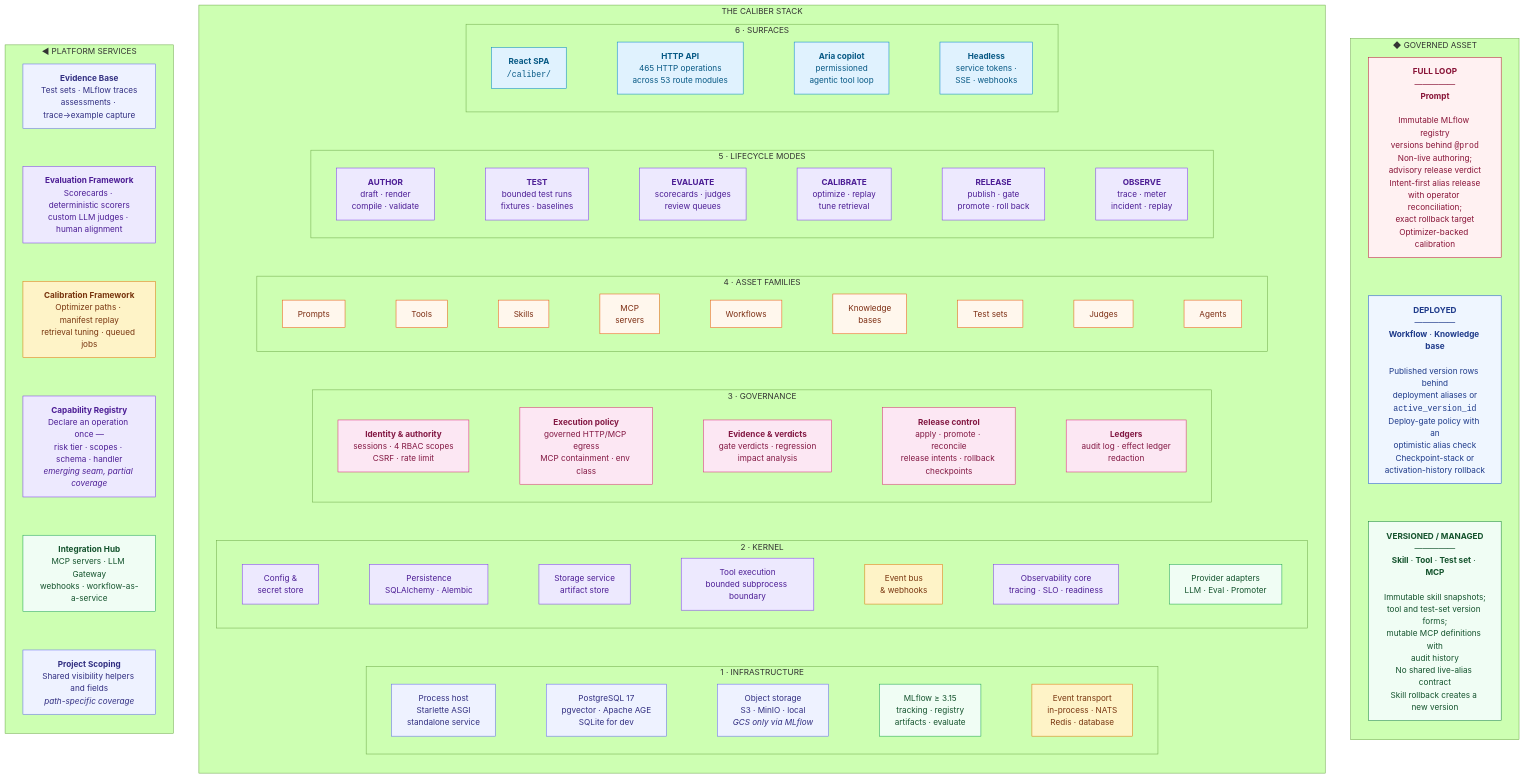
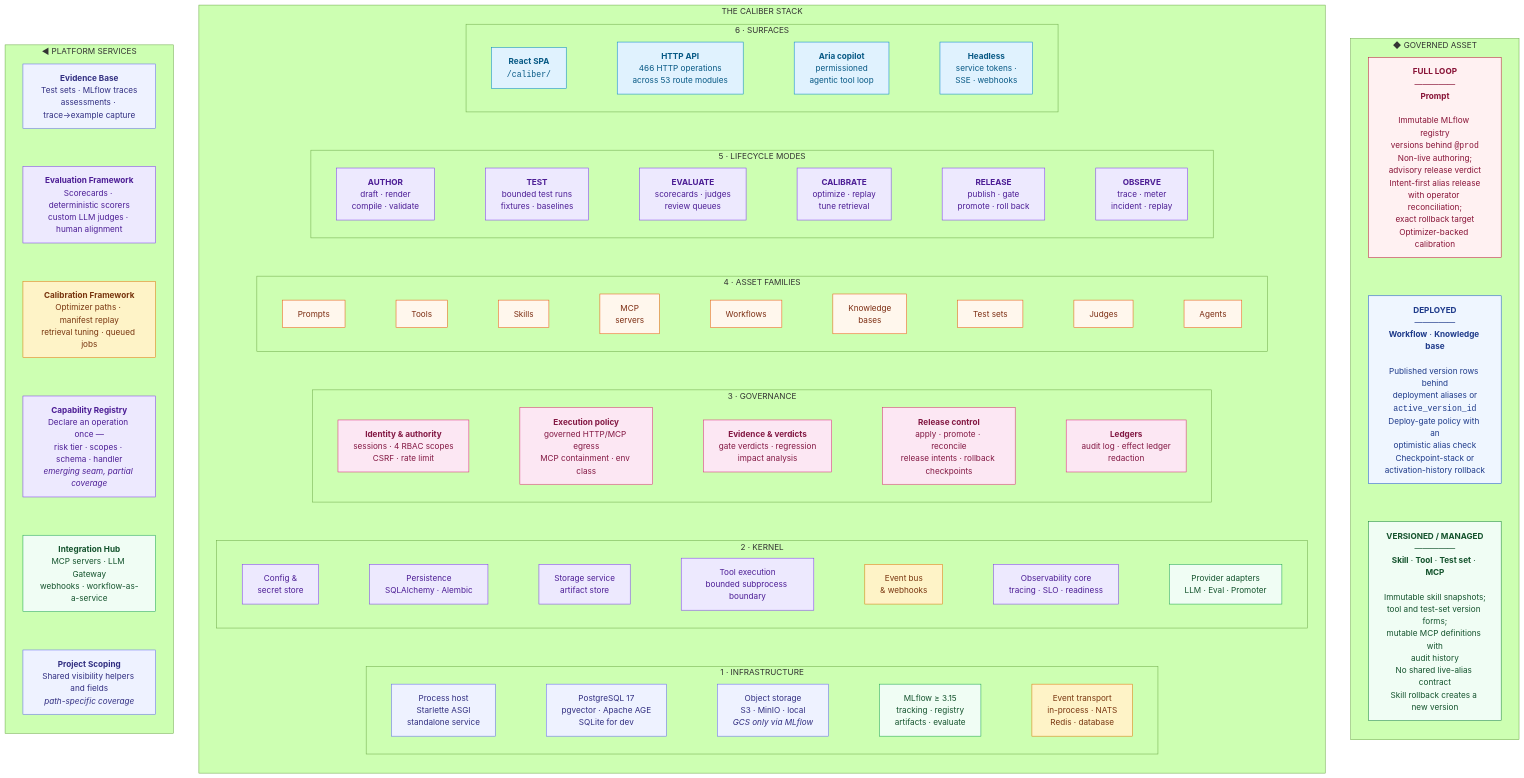
The first of 8 diagrams in ARCHITECTURE.md (rrahimi-uci/caliber-suite), drawn with Mermaid (forest theme) before and after one commit. The commit also changed 23 other files, not shown here.

```diff
--- a/ARCHITECTURE.md
+++ b/ARCHITECTURE.md
@@ -105,7 +105,7 @@
     subgraph L6["6 · SURFACES"]
       direction LR
       s1["<b>React SPA</b><br/><code>/caliber/</code>"]:::ui
-      s2["<b>HTTP API</b><br/>465 HTTP operations<br/>across 53 route modules"]:::ui
+      s2["<b>HTTP API</b><br/>466 HTTP operations<br/>across 53 route modules"]:::ui
       s3["<b>Aria copilot</b><br/>permissioned<br/>agentic tool loop"]:::ui
       s4["<b>Headless</b><br/>service tokens ·<br/>SSE · webhooks"]:::ui
       s1 --- s2 --- s3 --- s4
```
